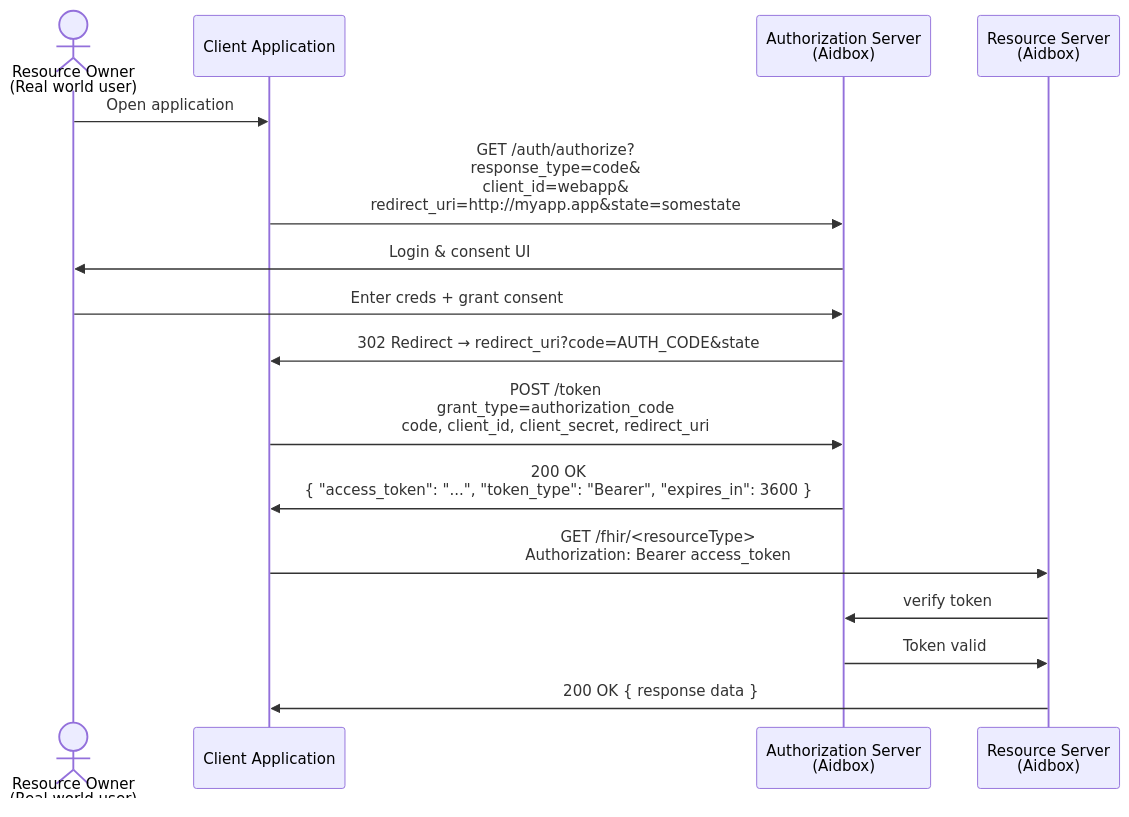
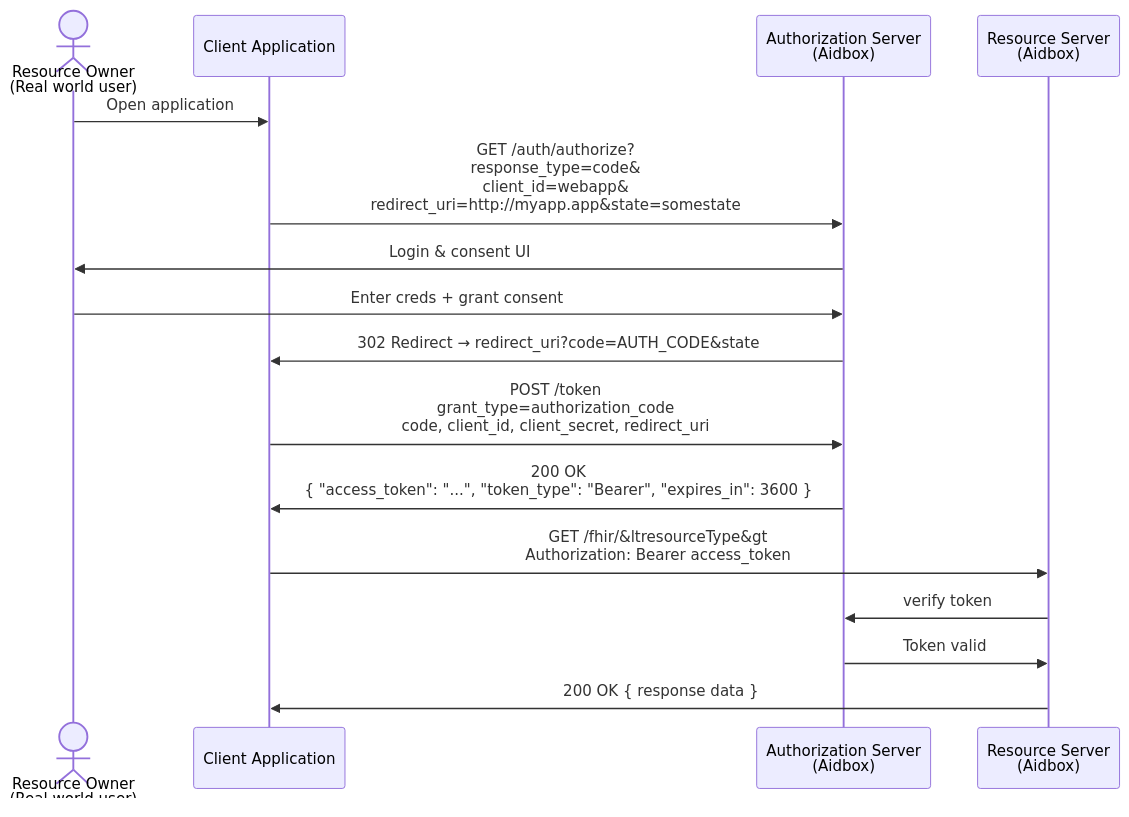
One commit to HealthSamurai/documentation changed the second of 4 diagrams in docs/access-control/authentication/oauth-2-0.md. Above: the diagram before and after it, drawn with Mermaid. The commit also changed other lines of this file, not shown here.

Commit message:
fix mermaid rendering

````diff
--- a/docs/access-control/authentication/oauth-2-0.md
+++ b/docs/access-control/authentication/oauth-2-0.md
@@ -36,20 +36,20 @@
 ```mermaid fullWidth="true"
 sequenceDiagram
   actor User as Resource Owner<br>(Real world user)
   participant Client as Client Application
   participant AS as Authorization Server<br>(Aidbox)
   participant RS as Resource Server<br>(Aidbox)
 
   User->>Client: Open application
   Client->>AS: GET /auth/authorize?<br>response_type=code&<br>client_id=webapp&<br>redirect_uri=http://myapp.app&state=somestate
   AS->>User: Login & consent UI
   User->>AS: Enter creds + grant consent
   AS->>Client: 302 Redirect → redirect_uri?code=AUTH_CODE&state
   Client->>AS: POST /token<br/>grant_type=authorization_code<br/>code, client_id, client_secret, redirect_uri
    AS->>Client: 200 OK<br/>{ "access_token": "...", "token_type": "Bearer", "expires_in": 3600 }
   
-  Client->>RS: GET /fhir/<resourceType><br/>Authorization: Bearer access_token
+  Client->>RS: GET /fhir/&ltresourceType&gt<br/>Authorization: Bearer access_token
   RS->>AS: verify token
   AS->>RS: Token valid
   RS->>Client: 200 OK { response data }
 ```
````
